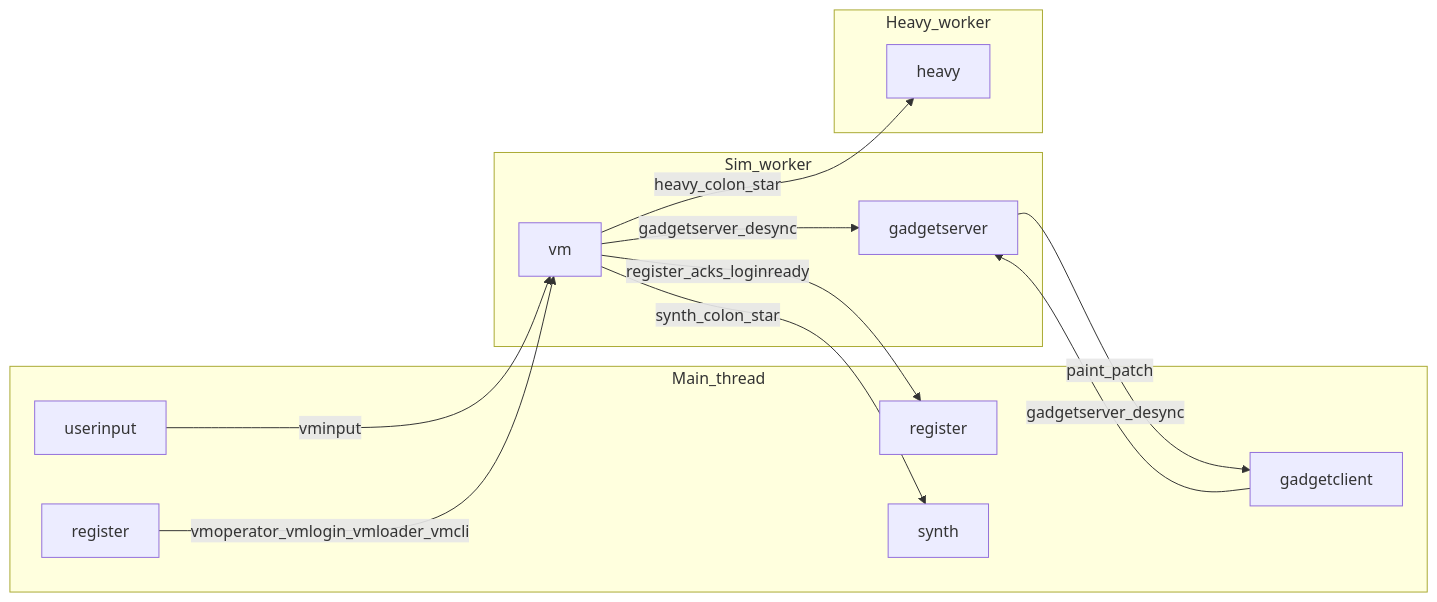
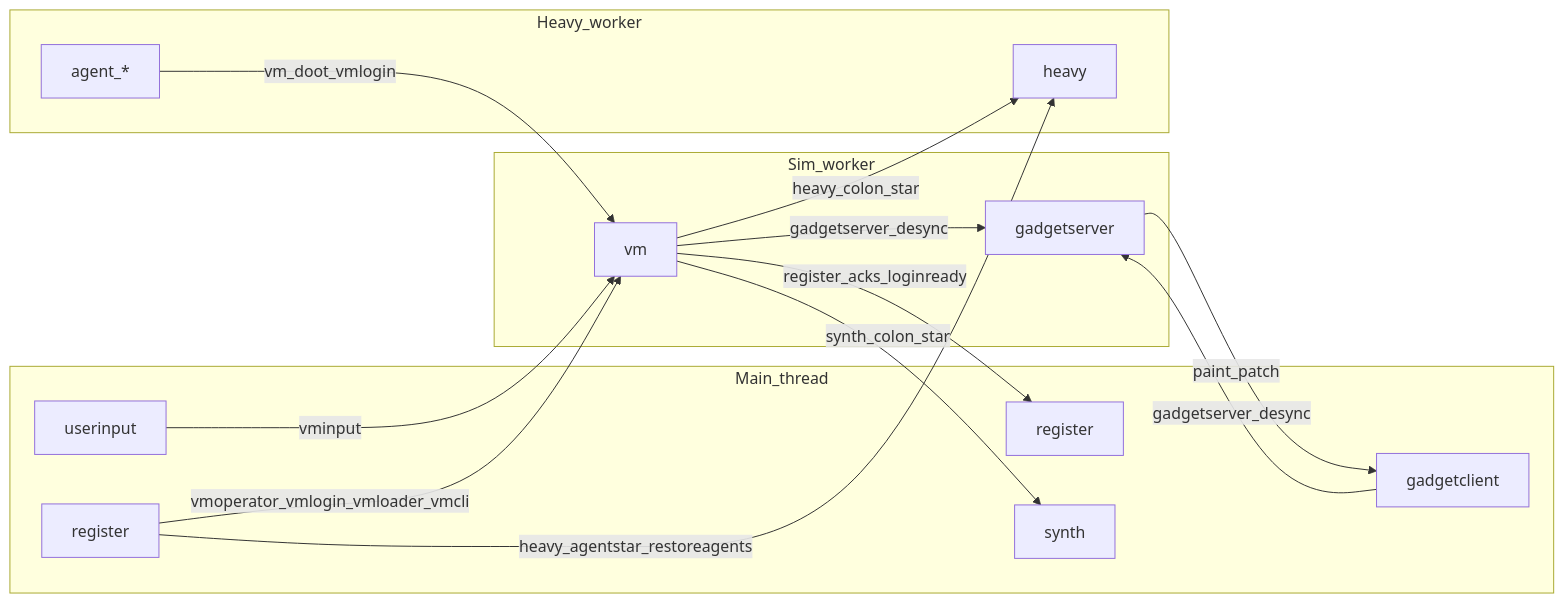
Before and after one commit to goldbuick/zed-software-system: the third of 4 diagrams in zss/device/docs/devices-and-messaging.md, drawn with Mermaid. The commit also changed other lines of this file and 16 other files, not shown here.

````diff
--- a/zss/device/docs/devices-and-messaging.md
+++ b/zss/device/docs/devices-and-messaging.md
@@ -167,25 +167,28 @@
 ```mermaid
 flowchart LR
   subgraph Main_thread [Main_thread]
     UI[userinput]
     RegIn[register]
     GC[gadgetclient]
     RegOut[register]
     Sy[synth]
   end
   subgraph Sim_worker [Sim_worker]
     VM[vm]
     GS[gadgetserver]
   end
   subgraph Heavy_worker [Heavy_worker]
     Hy[heavy]
+    Ag[agent_*]
   end
   UI -->|vminput| VM
   RegIn -->|vmoperator_vmlogin_vmloader_vmcli| VM
   VM -->|register_acks_loginready| RegOut
   VM -->|gadgetserver_desync| GS
   GS -->|paint_patch| GC
   GC -->|gadgetserver_desync| GS
   VM -->|heavy_colon_star| Hy
   VM -->|synth_colon_star| Sy
+  RegIn -->|heavy_agentstar_restoreagents| Hy
+  Ag -->|vm_doot_vmlogin| VM
 ```
````
